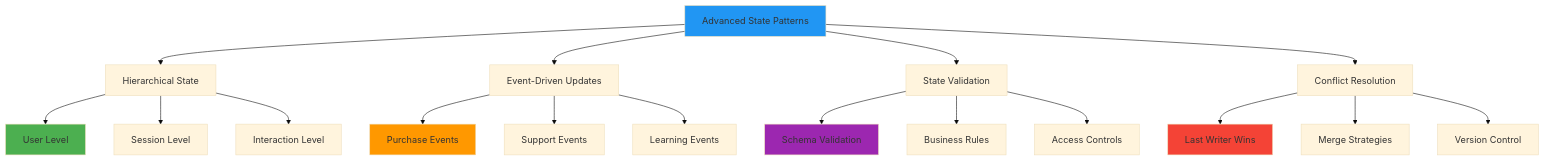
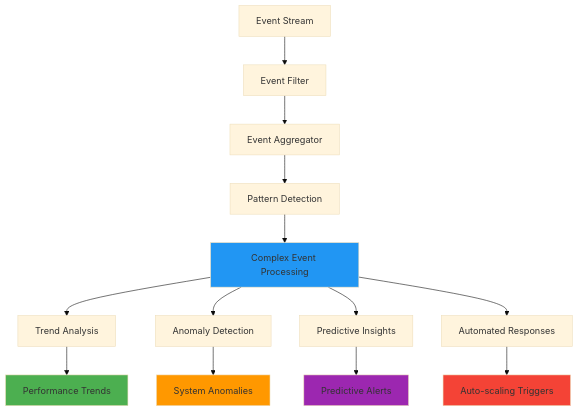
Diagram 20 of 28 in 9-callbacks/README.md (Yash-Kavaiya/agent-development-kit-crash-course), drawn with Mermaid (base theme) before and after one commit. The commit also changed other lines of this file, not shown here.

````diff
--- a/9-callbacks/README.md
+++ b/9-callbacks/README.md
@@ -664,29 +711,23 @@
 ```mermaid
 graph TD
-    A[Advanced State Patterns] --> B[Hierarchical State]
-    A --> C[Event-Driven Updates]
-    A --> D[State Validation]
-    A --> E[Conflict Resolution]
+    A[Event Stream] --> B[Event Filter]
+    B --> C[Event Aggregator]
+    C --> D[Pattern Detection]
+    D --> E[Complex Event Processing]
     
-    B --> B1[User Level]
-    B --> B2[Session Level]
-    B --> B3[Interaction Level]
+    E --> F[Trend Analysis]
+    E --> G[Anomaly Detection]
+    E --> H[Predictive Insights]
+    E --> I[Automated Responses]
     
-    C --> C1[Purchase Events]
-    C --> C2[Support Events]
-    C --> C3[Learning Events]
+    F --> J[Performance Trends]
+    G --> K[System Anomalies]
+    H --> L[Predictive Alerts]
+    I --> M[Auto-scaling Triggers]
     
-    D --> D1[Schema Validation]
-    D --> D2[Business Rules]
-    D --> D3[Access Controls]
-    
-    E --> E1[Last Writer Wins]
-    E --> E2[Merge Strategies]
-    E --> E3[Version Control]
-    
-    style A fill:#2196f3
-    style B1 fill:#4caf50
-    style C1 fill:#ff9800
-    style D1 fill:#9c27b0
-    style E1 fill:#f44336
+    style E fill:#2196f3
+    style J fill:#4caf50
+    style K fill:#ff9800
+    style L fill:#9c27b0
+    style M fill:#f44336
 ```
````
